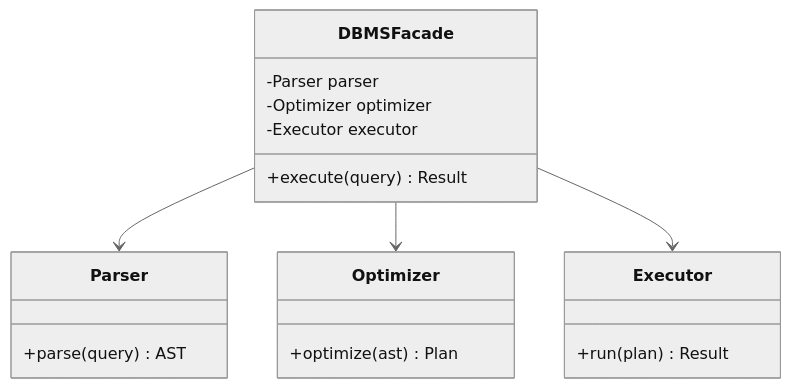
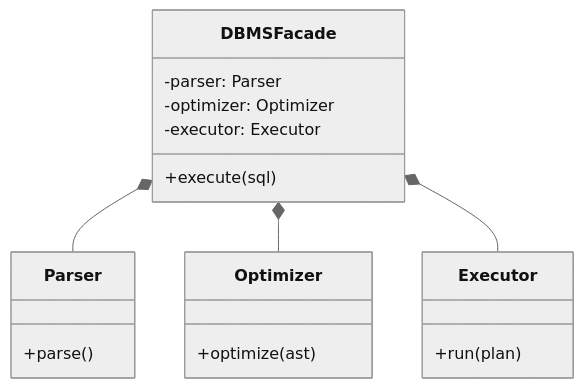
Before and after one commit to TamBui1706/DBMS: the ninth of 20 diagrams in DPSuggest.md, drawn with Mermaid (neutral theme). The commit also changed other lines of this file, not shown here.

````diff
--- a/DPSuggest.md
+++ b/DPSuggest.md
@@ -511,17 +335,15 @@
 ```mermaid
 classDiagram
+    class Parser { +parse() }
+    class Optimizer { +optimize(ast) }
+    class Executor { +run(plan) }
     class DBMSFacade {
-        -Parser parser
-        -Optimizer optimizer
-        -Executor executor
-        +execute(query) Result
+        -parser: Parser
+        -optimizer: Optimizer
+        -executor: Executor
+        +execute(sql)
     }
-    
-    class Parser { +parse(query) AST }
-    class Optimizer { +optimize(ast) Plan }
-    class Executor { +run(plan) Result }
-    
-    DBMSFacade --> Parser
-    DBMSFacade --> Optimizer
-    DBMSFacade --> Executor
+    DBMSFacade *-- Parser
+    DBMSFacade *-- Optimizer
+    DBMSFacade *-- Executor
 ```
````
